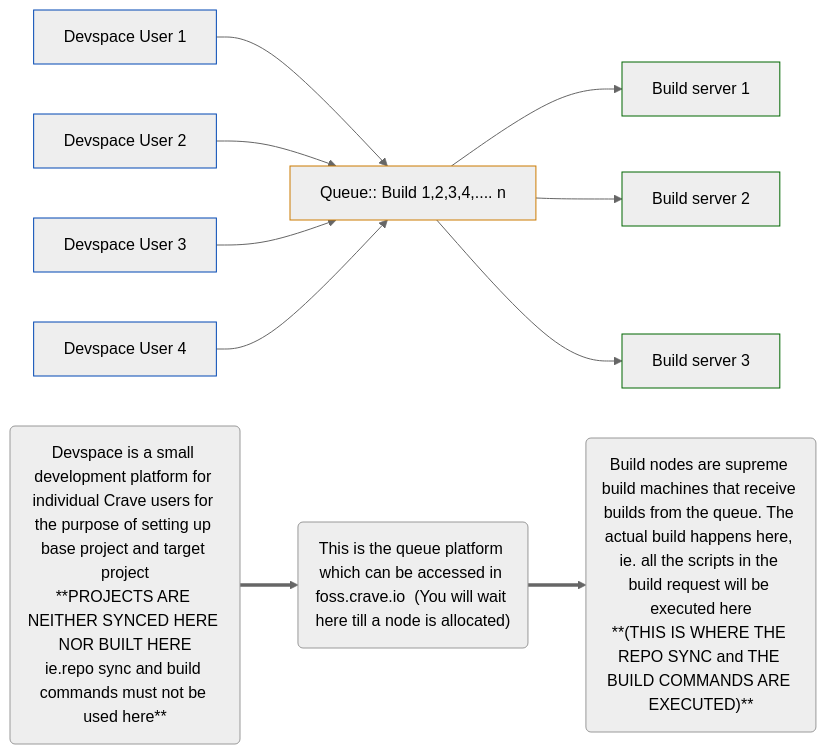
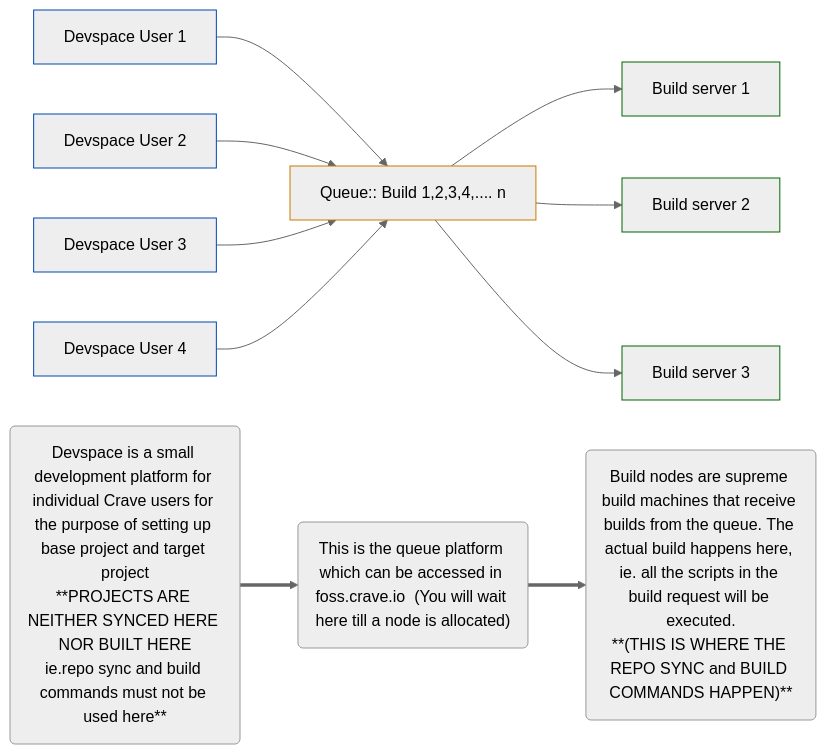
Before and after one commit to FOSSonTop/crave: the diagram in getting-started/building-crave-run.md, drawn with Mermaid (neutral theme).

Commit message:
Try to Fix overflow

````diff
--- a/getting-started/building-crave-run.md
+++ b/getting-started/building-crave-run.md
@@ -10,31 +10,30 @@
 ```mermaid
 graph LR
     A[Devspace User 1] --> M
     B[Devspace User 2] --> M
     C[Devspace User 3] --> M
     D[Devspace User 4] --> M
 
     M[Queue:: Build 1,2,3,4,.... n]
 
     M --> E[Build server 1]
     M --> F[Build server 2]
     M --> G[Build server 3]
 
     style A stroke:#0047b3
     style B stroke:#0047b3
     style C stroke:#0047b3
     style D stroke:#0047b3
     
     style M stroke:#cc7a00
     
     style E stroke:#006600
     style F stroke:#006600
     style G stroke:#006600
 
     P("Devspace is a small development platform for individual Crave users for the purpose of setting up base project and target project<br>**PROJECTS ARE NEITHER SYNCED HERE NOR BUILT HERE<br>ie.repo sync and build commands must not be used here**")
     Q("This is the queue platform which can be accessed in foss.crave.io  (You will wait here till a node is allocated)")
-    R("Build nodes are supreme build machines that receive builds from the queue. The actual build happens here, ie. all the scripts in the build request will be executed here<br>**(THIS IS WHERE THE REPO SYNC and THE BUILD COMMANDS ARE EXECUTED)**")
+    R("Build nodes are supreme build machines that receive builds from the queue. The actual build happens here, ie. all the scripts in the build request will be executed.<br>**(THIS IS WHERE THE <br>REPO SYNC and BUILD COMMANDS HAPPEN)**")
 
     P ==> Q ==> R
-
 ```
````
